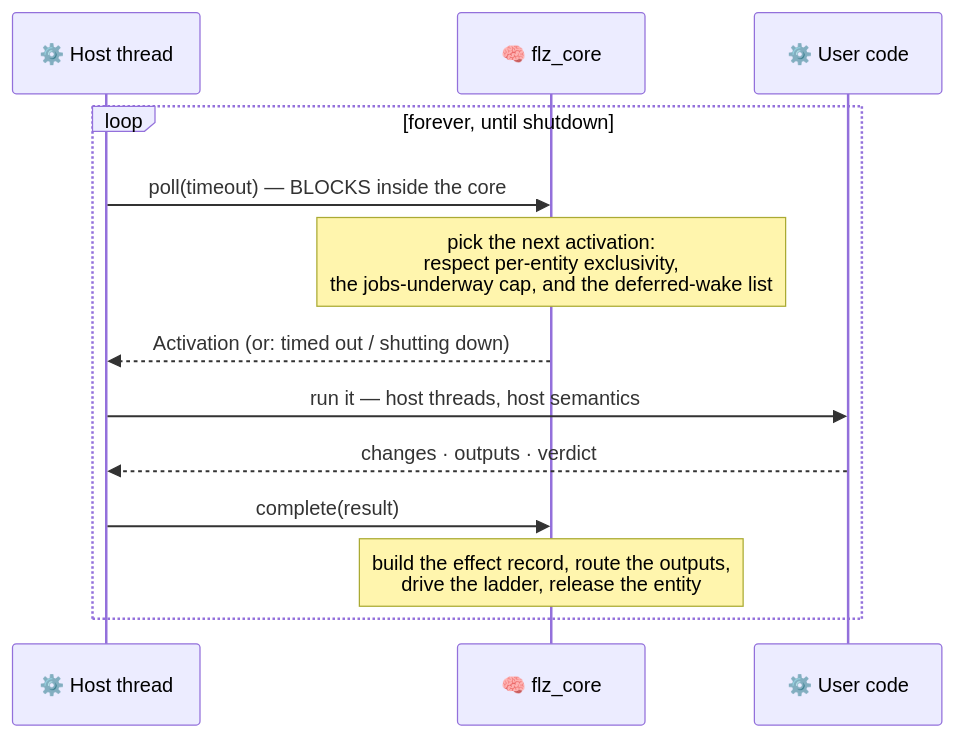
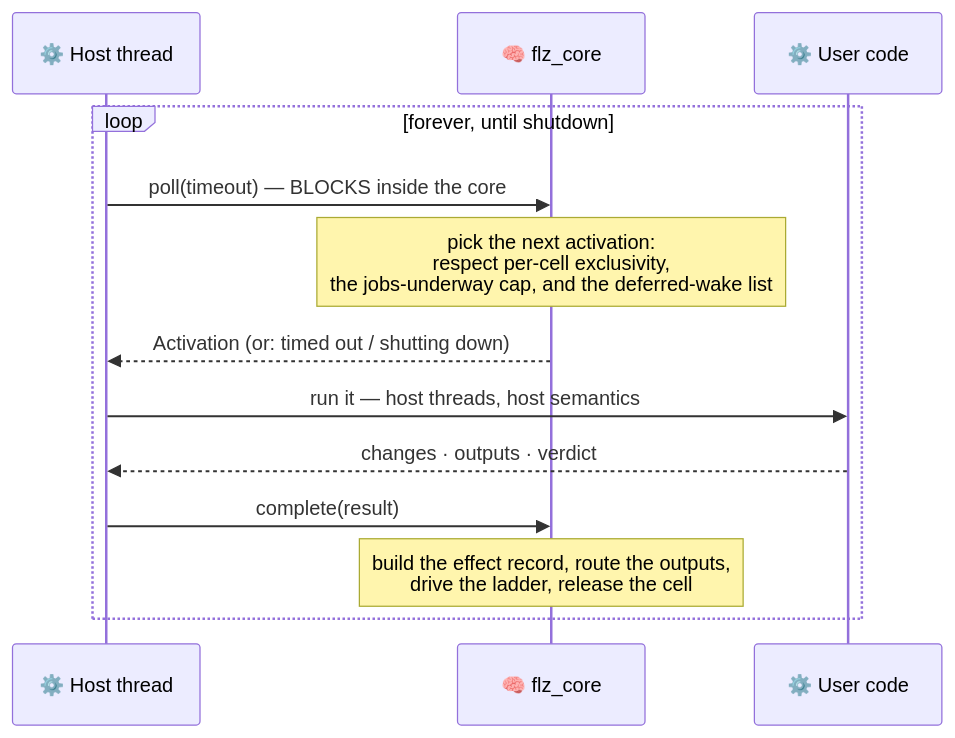
Before and after one commit to Flezha/flezha: the second of 8 diagrams in docs/architecture/runner.md, drawn with Mermaid. The commit also changed other lines of this file and 604 other files, not shown here.

First line of the commit message:
Rename Procedure to Tasklet and Entity to Cell

````diff
--- a/docs/architecture/runner.md
+++ b/docs/architecture/runner.md
@@ -62,16 +62,16 @@
 ```mermaid
 sequenceDiagram
     participant W as ⚙️ Host thread
     participant CORE as 🧠 flz_core
     participant USER as ⚙️ User code
 
     loop forever, until shutdown
         W->>CORE: poll(timeout) — BLOCKS inside the core
-        Note over CORE: pick the next activation:<br/>respect per-entity exclusivity,<br/>the jobs-underway cap, and the deferred-wake list
+        Note over CORE: pick the next activation:<br/>respect per-cell exclusivity,<br/>the jobs-underway cap, and the deferred-wake list
         CORE-->>W: Activation (or: timed out / shutting down)
         W->>USER: run it — host threads, host semantics
         USER-->>W: changes · outputs · verdict
         W->>CORE: complete(result)
-        Note over CORE: build the effect record, route the outputs,<br/>drive the ladder, release the entity
+        Note over CORE: build the effect record, route the outputs,<br/>drive the ladder, release the cell
     end
 ```
````
